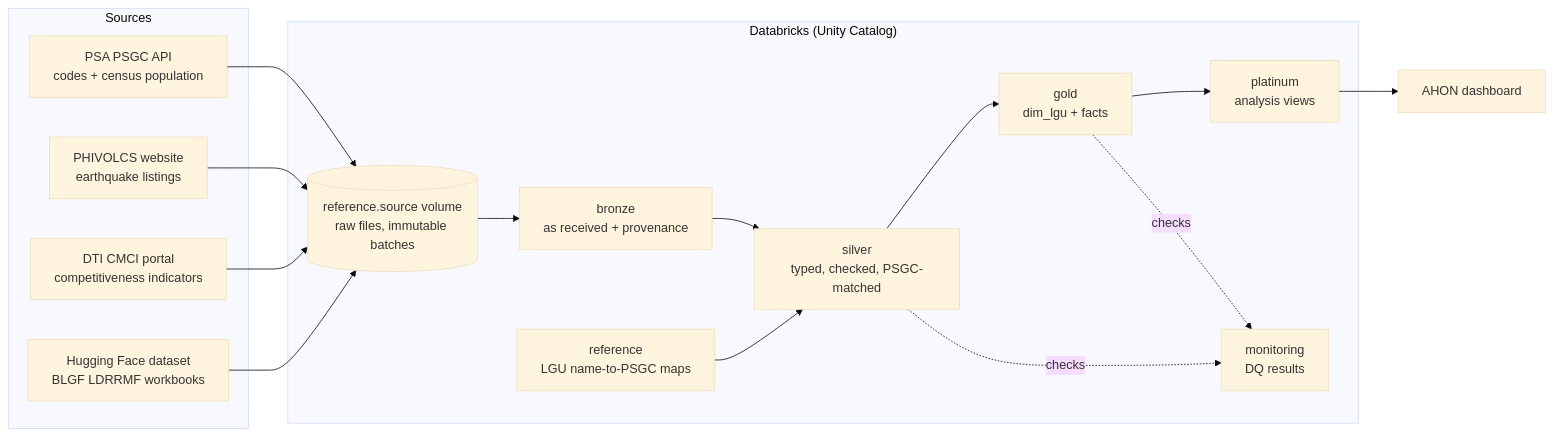
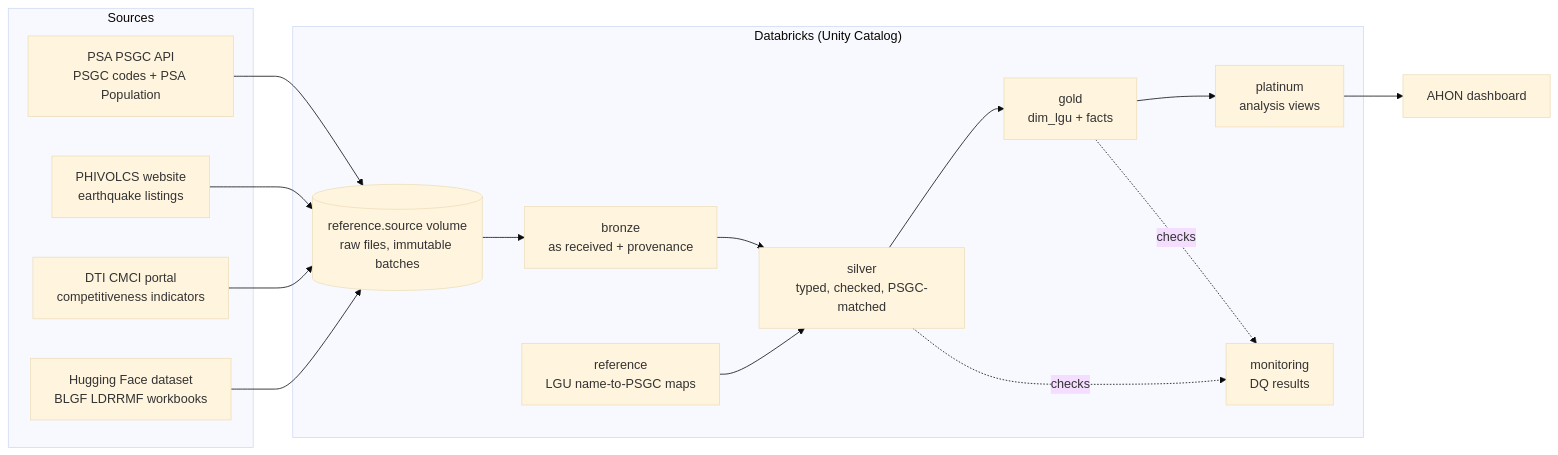
Before and after one commit to Project-AHON/AHON-Pipeline: the diagram in docs/architecture/overview.md, drawn with Mermaid (base theme). The commit also changed other lines of this file and 23 other files, not shown here.

````diff
--- a/docs/architecture/overview.md
+++ b/docs/architecture/overview.md
@@ -7,30 +7,30 @@
 ```mermaid
 flowchart LR
   subgraph Sources
-    PSA[PSA PSGC API<br/>codes + census population]
+    PSA[PSA PSGC API<br/>PSGC codes + PSA Population]
     PHV[PHIVOLCS website<br/>earthquake listings]
     DTI[DTI CMCI portal<br/>competitiveness indicators]
     HF[Hugging Face dataset<br/>BLGF LDRRMF workbooks]
   end
 
   subgraph Databricks["Databricks (Unity Catalog)"]
     VOL[(reference.source volume<br/>raw files, immutable batches)]
     BR[bronze<br/>as received + provenance]
     SV[silver<br/>typed, checked, PSGC-matched]
     REF[reference<br/>LGU name-to-PSGC maps]
     GD[gold<br/>dim_lgu + facts]
     PT[platinum<br/>analysis views]
     MON[monitoring<br/>DQ results]
   end
 
   DASH[AHON dashboard]
 
   PSA --> VOL
   PHV --> VOL
   DTI --> VOL
   HF --> VOL
   VOL --> BR --> SV --> GD --> PT --> DASH
   REF --> SV
   SV -. checks .-> MON
   GD -. checks .-> MON
 ```
````
